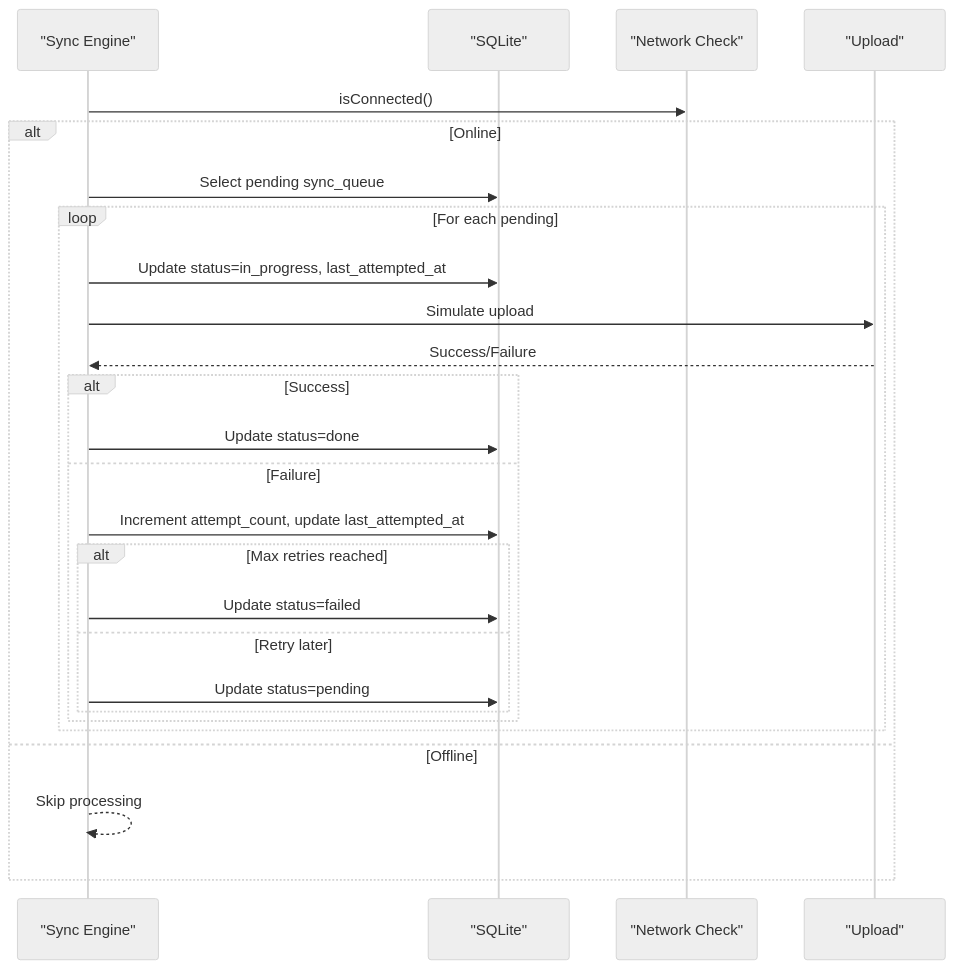
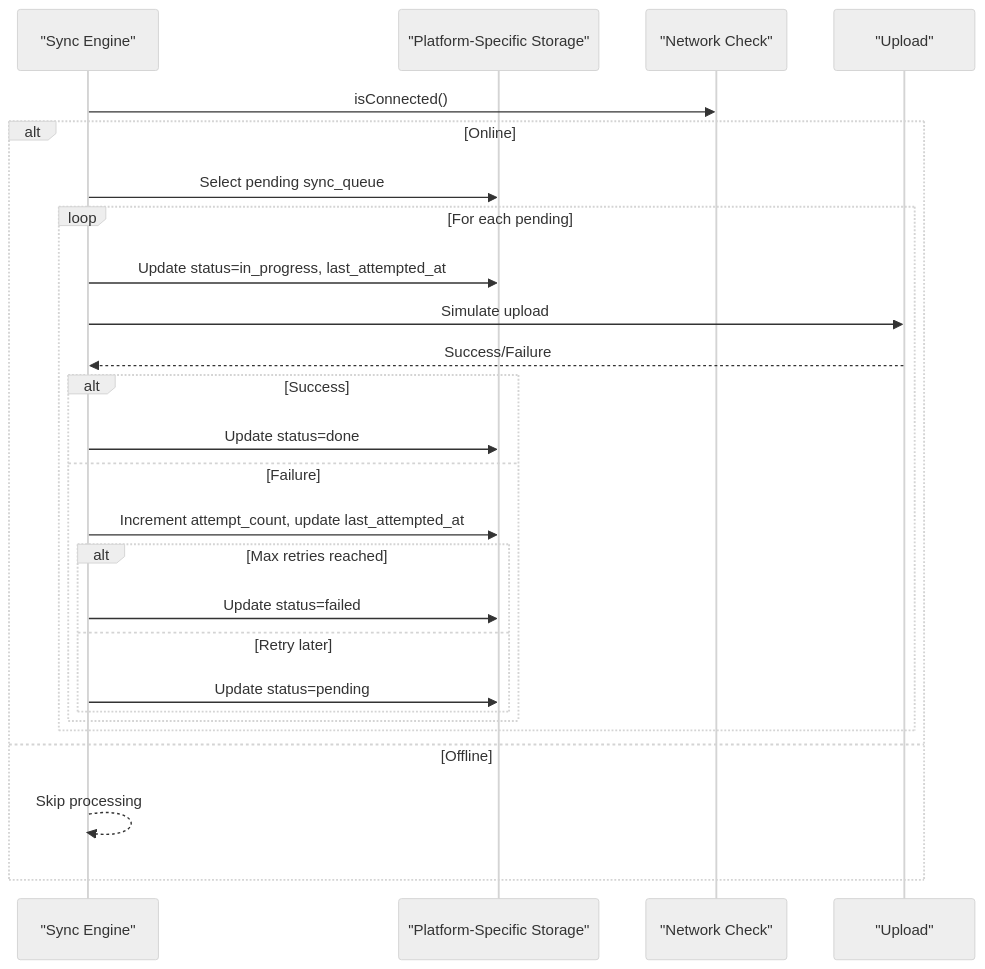
Before and after one commit to AdeelTahir-SE/DermSight: the sixth of 7 diagrams in .qoder/repowiki/en/content/Database Design.md, drawn with Mermaid (neutral theme). The commit also changed other lines of this file and 43 other files, not shown here.

````diff
--- a/.qoder/repowiki/en/content/Database Design.md
+++ b/.qoder/repowiki/en/content/Database Design.md
@@ -266,28 +290,28 @@
 ```mermaid
 sequenceDiagram
 participant SE as "Sync Engine"
-participant DB as "SQLite"
+participant DB as "Platform-Specific Storage"
 participant Net as "Network Check"
 participant Up as "Upload"
 SE->>Net : isConnected()
 alt Online
 SE->>DB : Select pending sync_queue
 loop For each pending
 SE->>DB : Update status=in_progress, last_attempted_at
 SE->>Up : Simulate upload
 Up-->>SE : Success/Failure
 alt Success
 SE->>DB : Update status=done
 else Failure
 SE->>DB : Increment attempt_count, update last_attempted_at
 alt Max retries reached
 SE->>DB : Update status=failed
 else Retry later
 SE->>DB : Update status=pending
 end
 end
 end
 else Offline
 SE-->>SE : Skip processing
 end
 ```
````
